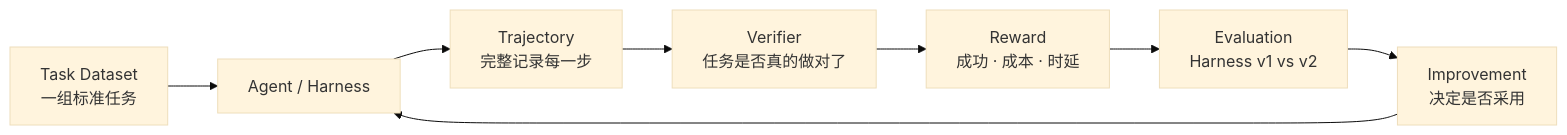
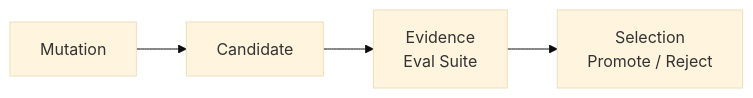
One commit to liuyueyi/hello-harness changed the second of 4 diagrams in docs/zh/tutorials/stage-7-hello-agent-lab/index.md. Above: the diagram before and after it, drawn with Mermaid (base theme). The commit also changed other lines of this file and 87 other files, not shown here.

````diff
--- a/docs/zh/tutorials/stage-7-hello-agent-lab/index.md
+++ b/docs/zh/tutorials/stage-7-hello-agent-lab/index.md
@@ -61,10 +63,6 @@
 ```mermaid
 flowchart LR
-  D[Task Dataset<br/>一组标准任务] --> A[Agent / Harness]
-  A --> TR[Trajectory<br/>完整记录每一步]
-  TR --> V[Verifier<br/>任务是否真的做对了]
-  V --> R[Reward<br/>成功 · 成本 · 时延]
-  R --> E[Evaluation<br/>Harness v1 vs v2]
-  E --> I[Improvement<br/>决定是否采用]
-  I --> A
+  M[Mutation] --> C[Candidate]
+  C --> E[Evidence<br/>Eval Suite]
+  E --> S[Selection<br/>Promote / Reject]
 ```
````
